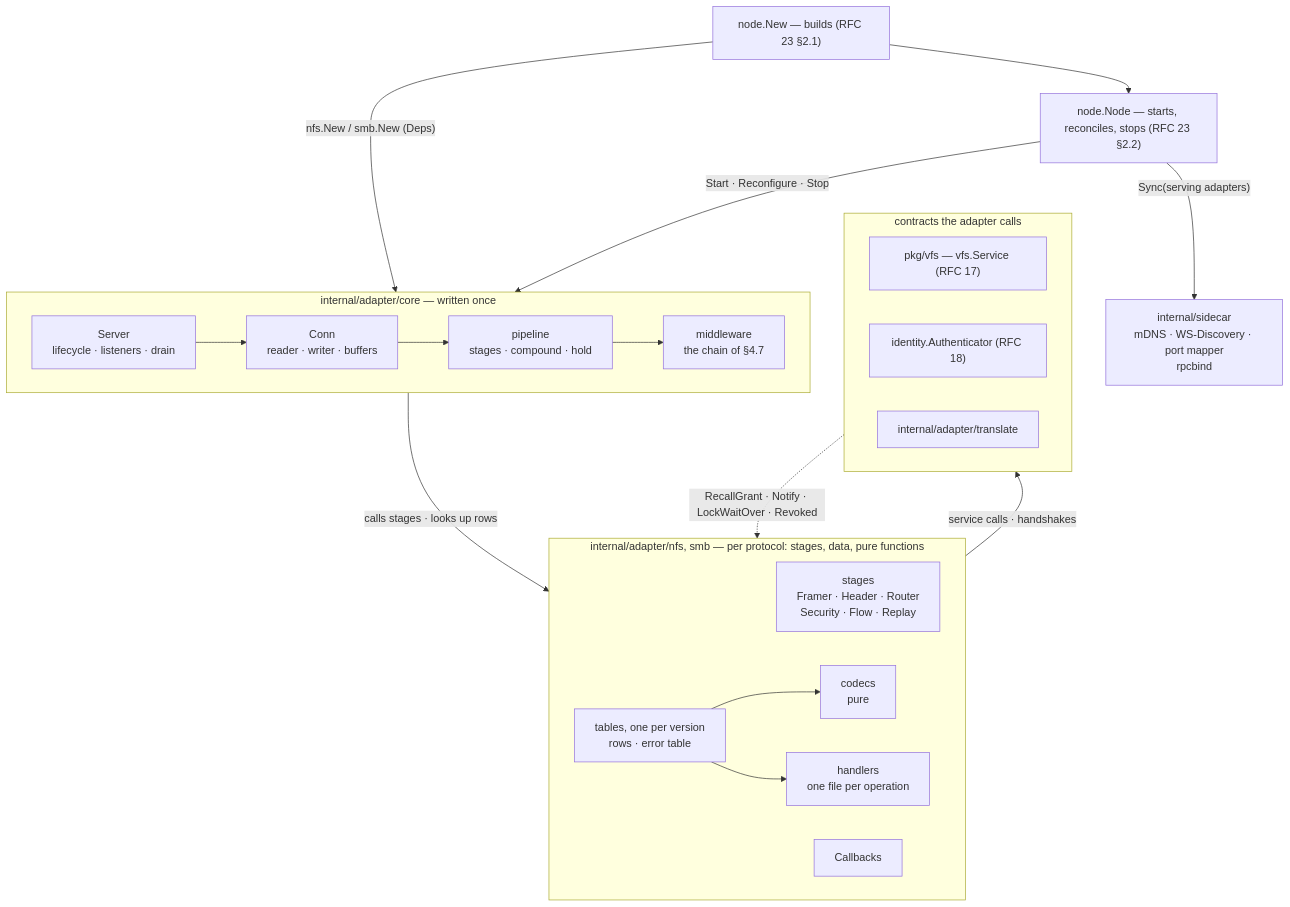
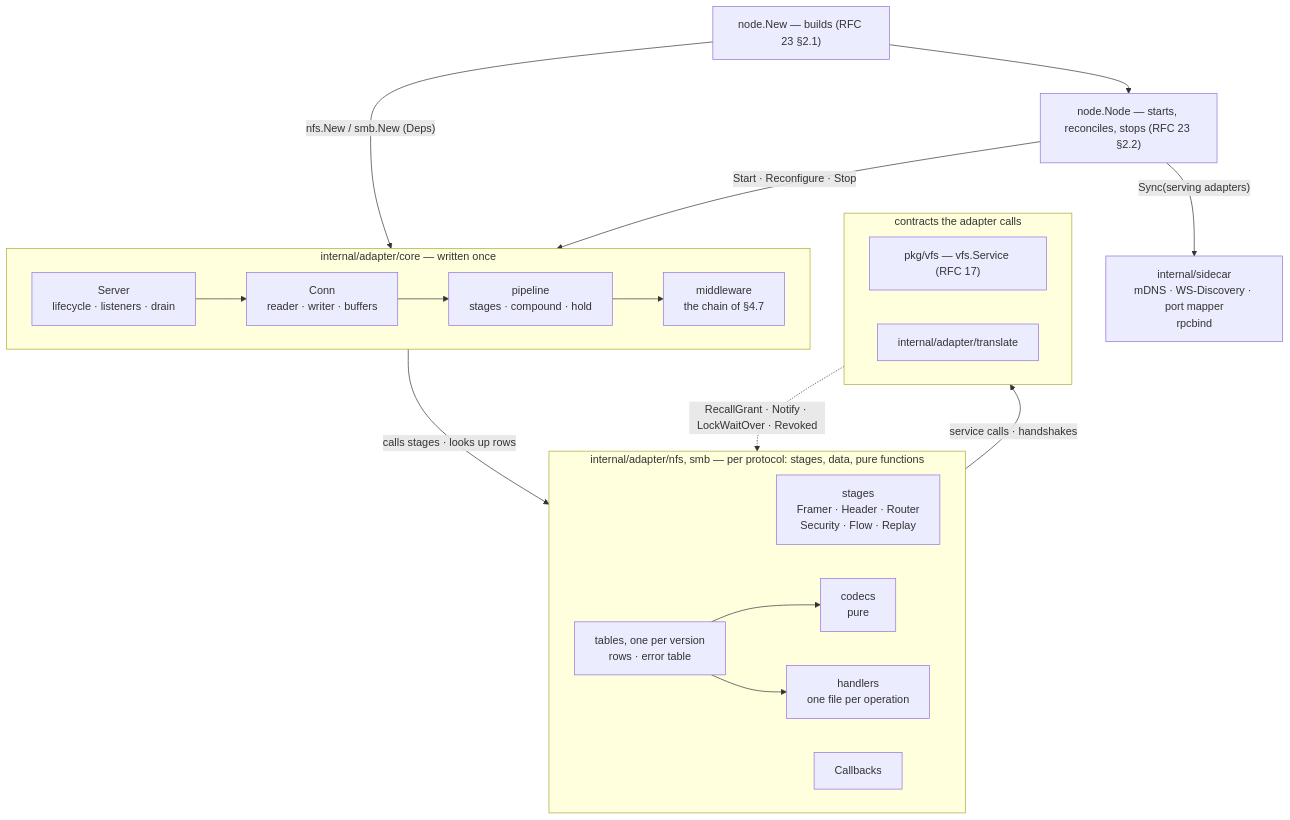
One commit to esignoretti/dittofs changed the first of 3 diagrams in docs/internals/rfcs/rfc-20-adapters.md. Above: the diagram before and after it, drawn with Mermaid. The commit also changed other lines of this file and 4 other files, not shown here.

Commit message:
docs(rfc-17): adapters depend only on vfs.Service; neutral Identity

````diff
--- a/docs/internals/rfcs/rfc-20-adapters.md
+++ b/docs/internals/rfcs/rfc-20-adapters.md
@@ -424,36 +426,35 @@
 ```mermaid
 flowchart TB
   root["node.New — builds (RFC 23 §2.1)"]
   cp["node.Node — starts, reconciles, stops (RFC 23 §2.2)"]
   subgraph core["internal/adapter/core — written once"]
     direction LR
     srv["Server<br/>lifecycle · listeners · drain"]
     conn["Conn<br/>reader · writer · buffers"]
     pipe["pipeline<br/>stages · compound · hold"]
     mw["middleware<br/>the chain of §4.7"]
     srv --> conn --> pipe --> mw
   end
   subgraph proto["internal/adapter/nfs, smb — per protocol: stages, data, pure functions"]
     direction LR
     parts["stages<br/>Framer · Header · Router<br/>Security · Flow · Replay"]
     tables["tables, one per version<br/>rows · error table"]
     handlers["handlers<br/>one file per operation"]
     codecs["codecs<br/>pure"]
     cbs["Callbacks"]
     tables --> codecs & handlers
   end
   subgraph below["contracts the adapter calls"]
     direction LR
     svc["pkg/vfs — vfs.Service (RFC 17)"]
-    auth["identity.Authenticator (RFC 18)"]
     translate["internal/adapter/translate"]
   end
   root -- "nfs.New / smb.New (Deps)" --> core
   root --> cp
   cp -- "Start · Reconfigure · Stop" --> core
   side["internal/sidecar<br/>mDNS · WS-Discovery · port mapper<br/>rpcbind"]
   cp -- "Sync(serving adapters)" --> side
   core -- "calls stages · looks up rows" --> proto
   proto -- "service calls · handshakes" --> below
   svc -. "RecallGrant · Notify · LockWaitOver · Revoked" .-> cbs
 ```
````
